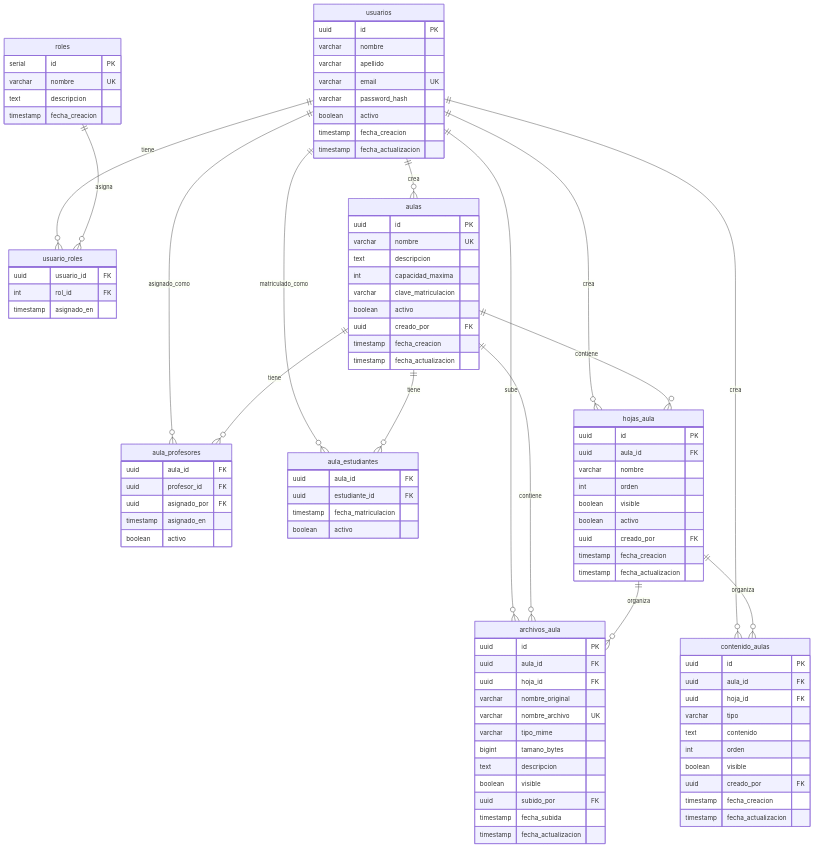
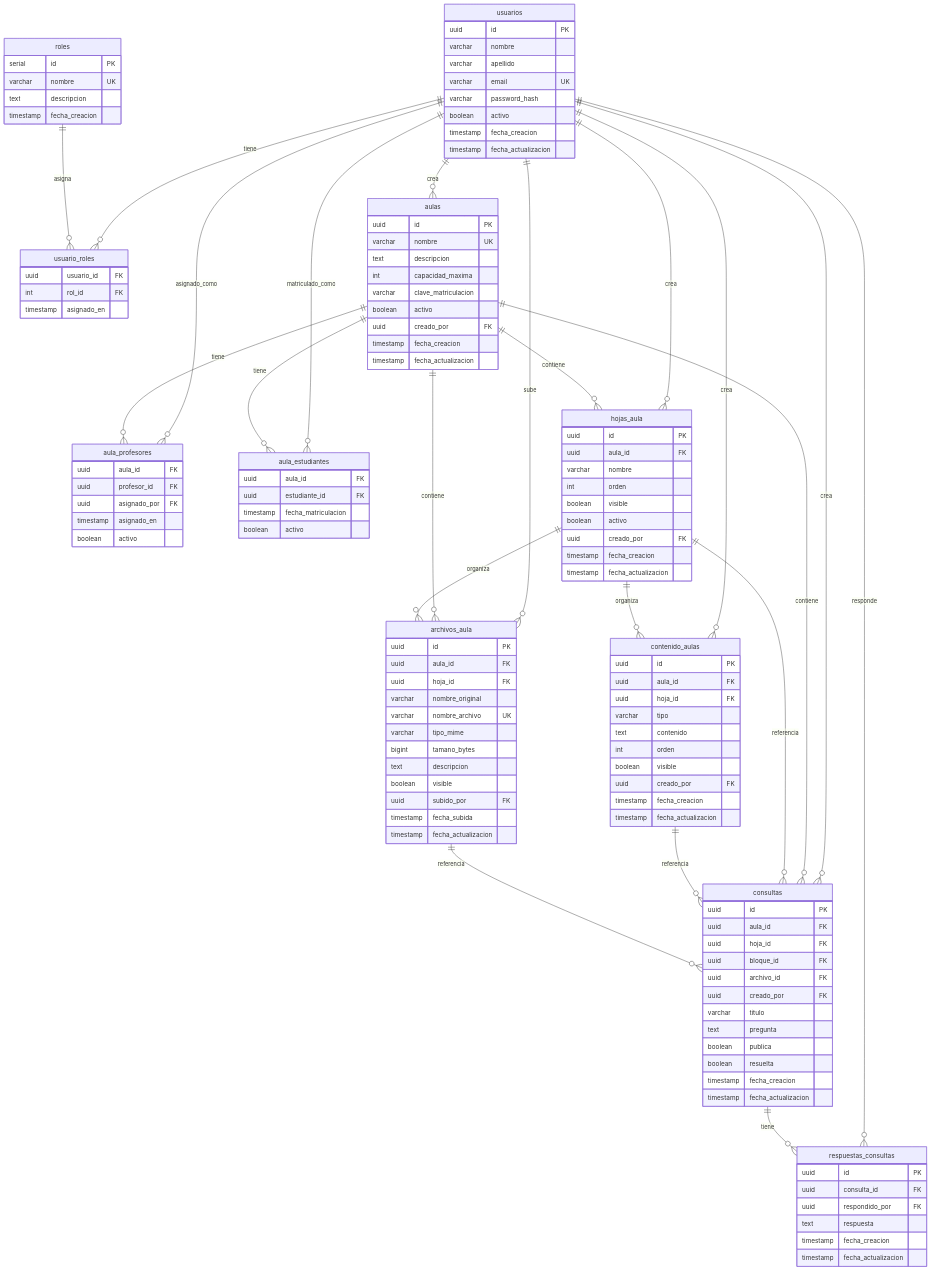
The second of 4 diagrams in README.md (NicoMagro/AulaVirtual), drawn with Mermaid before and after one commit. The commit also changed other lines of this file and 7 other files, not shown here.

````diff
--- a/README.md
+++ b/README.md
@@ -60,12 +64,19 @@
     usuarios ||--o{ hojas_aula : crea
     usuarios ||--o{ contenido_aulas : crea
     usuarios ||--o{ archivos_aula : sube
+    usuarios ||--o{ consultas : crea
+    usuarios ||--o{ respuestas_consultas : responde
     aulas ||--o{ aula_profesores : tiene
     aulas ||--o{ aula_estudiantes : tiene
     aulas ||--o{ hojas_aula : contiene
     aulas ||--o{ archivos_aula : contiene
+    aulas ||--o{ consultas : contiene
+    consultas ||--o{ respuestas_consultas : tiene
     hojas_aula ||--o{ contenido_aulas : organiza
     hojas_aula ||--o{ archivos_aula : organiza
+    hojas_aula ||--o{ consultas : referencia
+    contenido_aulas ||--o{ consultas : referencia
+    archivos_aula ||--o{ consultas : referencia
 
     usuarios {
         uuid id PK
@@ -157,4 +168,28 @@
         timestamp fecha_subida
         timestamp fecha_actualizacion
     }
+
+    consultas {
+        uuid id PK
+        uuid aula_id FK
+        uuid hoja_id FK
+        uuid bloque_id FK
+        uuid archivo_id FK
+        uuid creado_por FK
+        varchar titulo
+        text pregunta
+        boolean publica
+        boolean resuelta
+        timestamp fecha_creacion
+        timestamp fecha_actualizacion
+    }
+
+    respuestas_consultas {
+        uuid id PK
+        uuid consulta_id FK
+        uuid respondido_por FK
+        text respuesta
+        timestamp fecha_creacion
+        timestamp fecha_actualizacion
+    }
 ```
````
